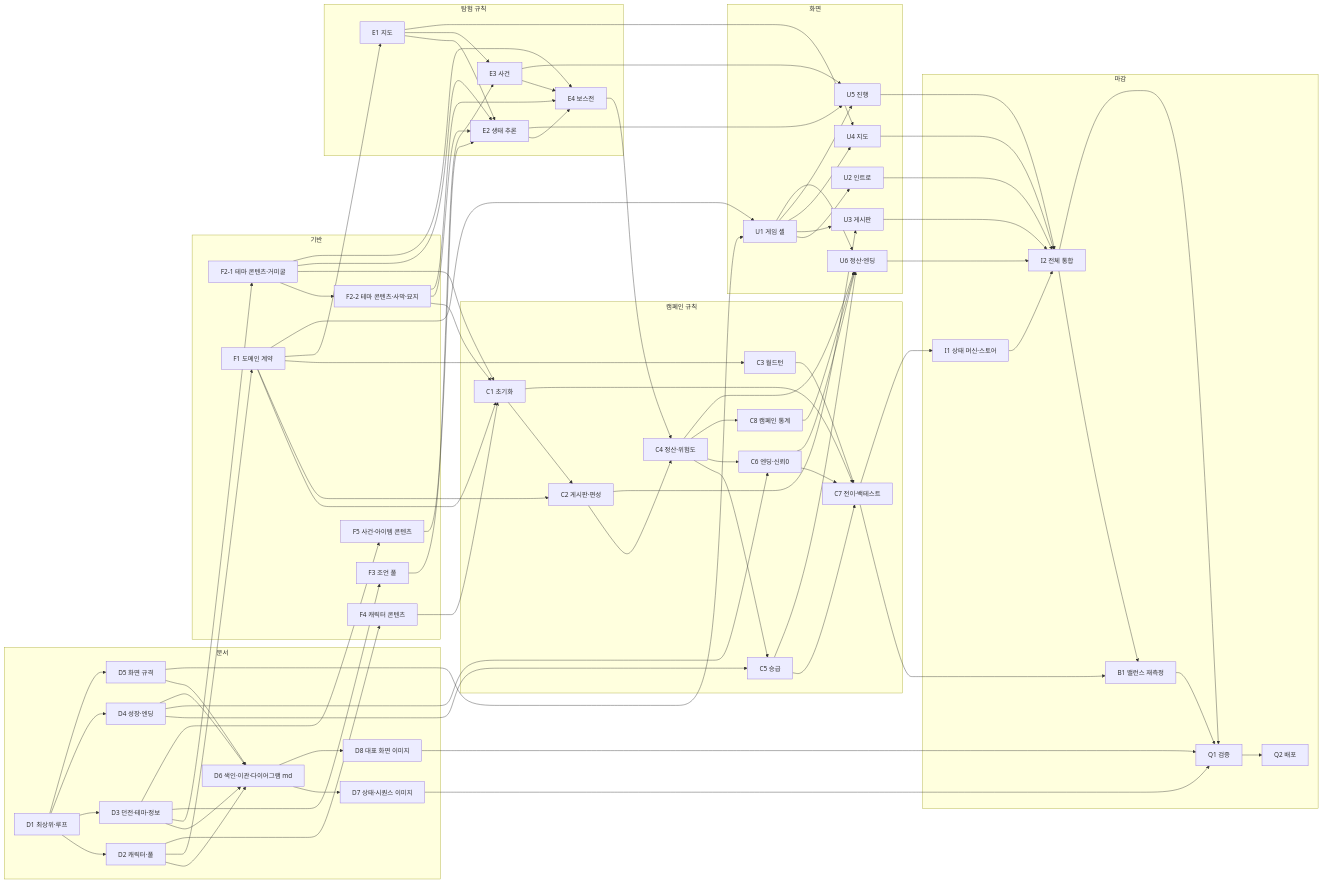
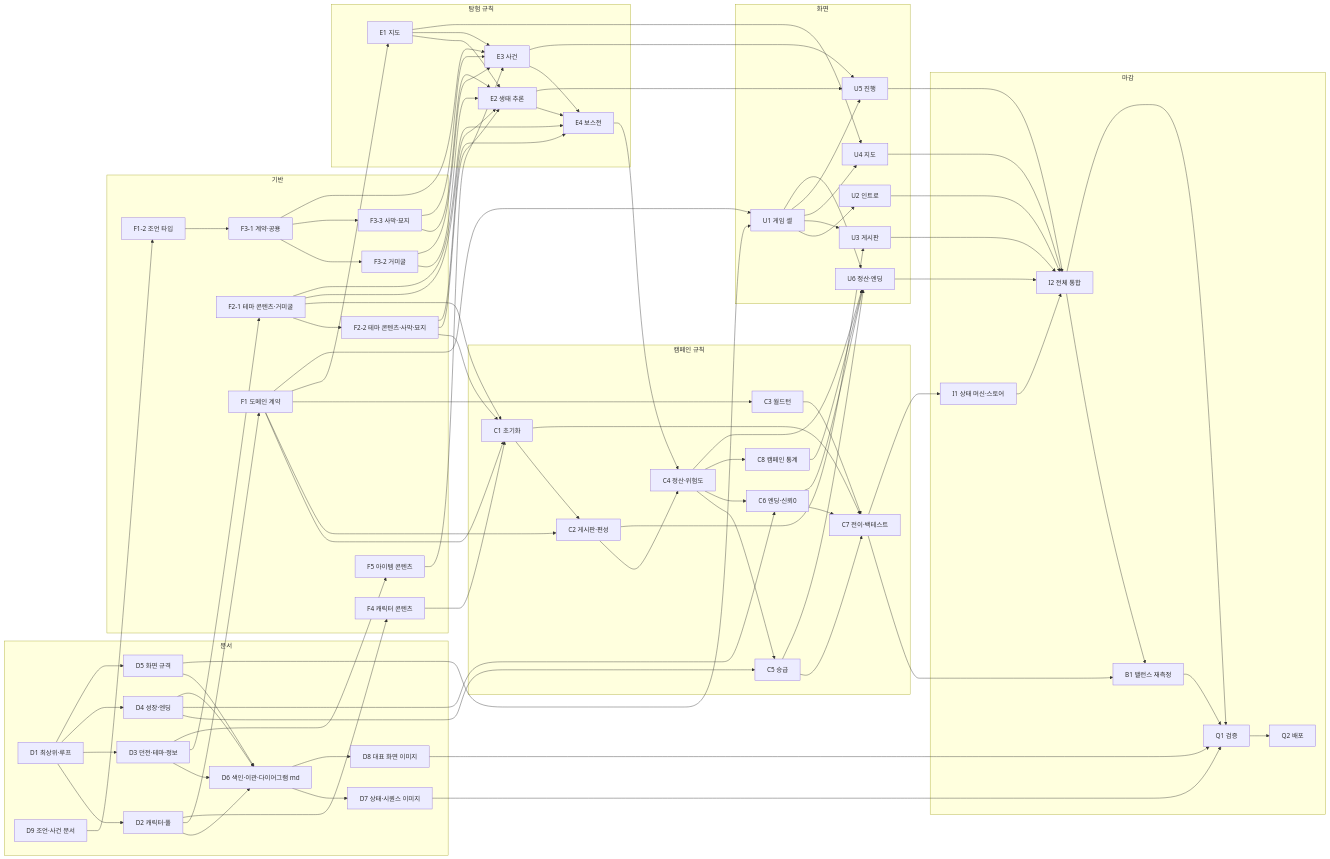
The diagram in docs/technical/CAMPAIGN_REWORK_WORK_ASSIGNMENT.md (LatteBun/Dungeon_Schemer), drawn with Mermaid before and after one commit. The commit also changed other lines of this file, not shown here.

```diff
--- a/docs/technical/CAMPAIGN_REWORK_WORK_ASSIGNMENT.md
+++ b/docs/technical/CAMPAIGN_REWORK_WORK_ASSIGNMENT.md
@@ -42,14 +42,18 @@
     D6["D6 색인·이관·다이어그램 md"]
     D7["D7 상태·시퀀스 이미지"]
     D8["D8 대표 화면 이미지"]
+    D9["D9 조언·사건 문서"]
   end
   subgraph L1["기반"]
     F1["F1 도메인 계약"]
+    F1-2["F1-2 조언 타입"]
     F2-1["F2-1 테마 콘텐츠·거미굴"]
     F2-2["F2-2 테마 콘텐츠·사막·묘지"]
-    F3["F3 조언 풀"]
+    F3-1["F3-1 계약·공용"]
+    F3-2["F3-2 거미굴"]
+    F3-3["F3-3 사막·묘지"]
     F4["F4 캐릭터 콘텐츠"]
-    F5["F5 사건·아이템 콘텐츠"]
+    F5["F5 아이템 콘텐츠"]
   end
   subgraph L2["캠페인 규칙"]
     C1["C1 초기화"]
@@ -85,17 +89,21 @@
 
   D1 --> D2 & D3 & D4 & D5
   D2 --> D6 & F1 & F4
-  D3 --> D6 & F2-1 & F3 & F5
+  D3 --> D6 & F2-1 & F5
   D4 --> C5 & C6 & D6
   D5 --> D6 & U1
   D6 --> D7 & D8
   D7 --> Q1
   D8 --> Q1
+  D9 --> F1-2
   F1 --> C1 & C2 & C3 & E1 & U1
+  F1-2 --> F3-1
   F2-1 --> F2-2
   F2-1 --> C1 & E2 & E4
   F2-2 --> C1 & E2 & E4
-  F3 --> E2
+  F3-1 --> F3-2 & F3-3 & E3
+  F3-2 --> E2 & E3
+  F3-3 --> E2 & E3
   F4 --> C1
   F5 --> E3
   C1 --> C2 & C7
```
